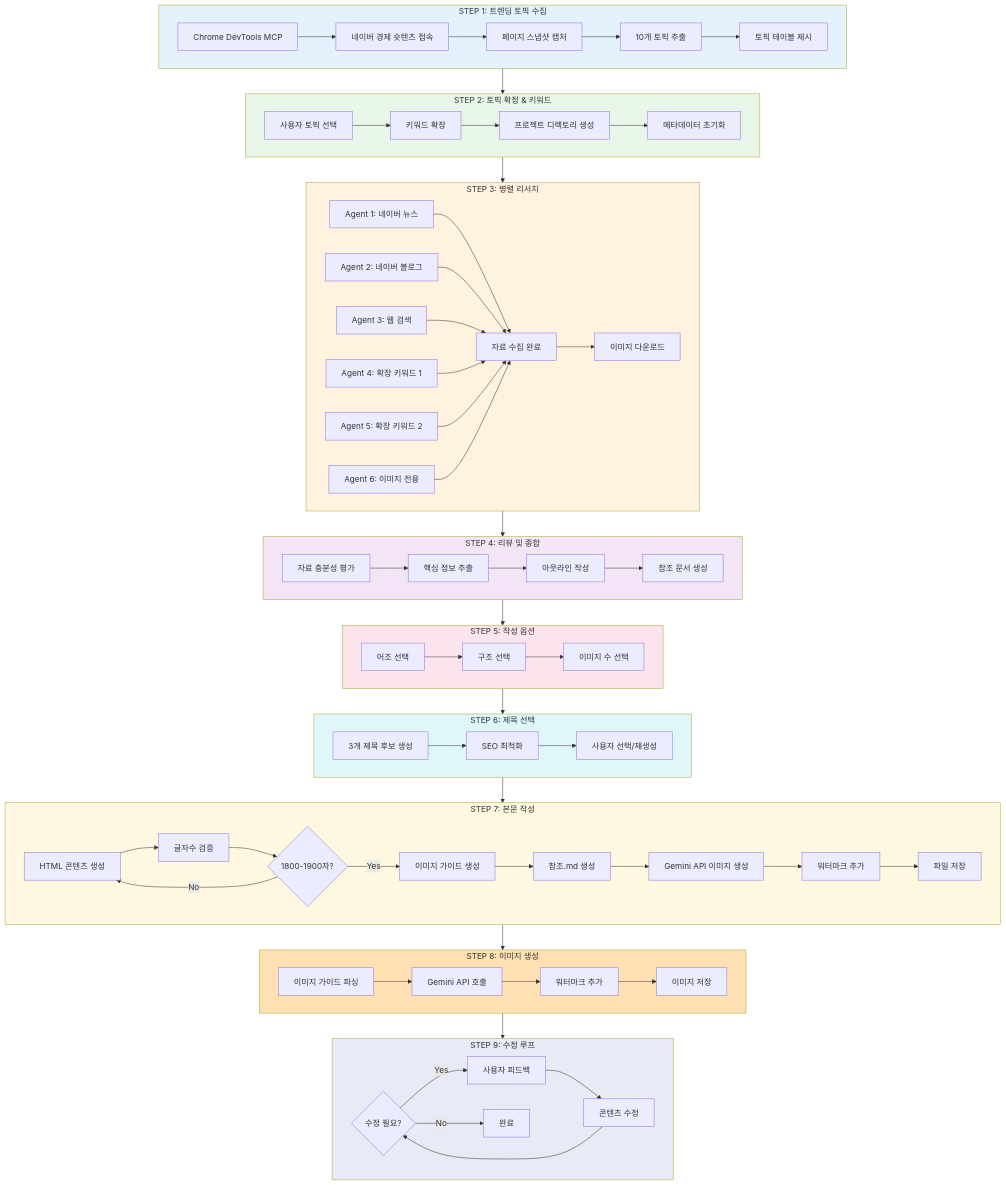
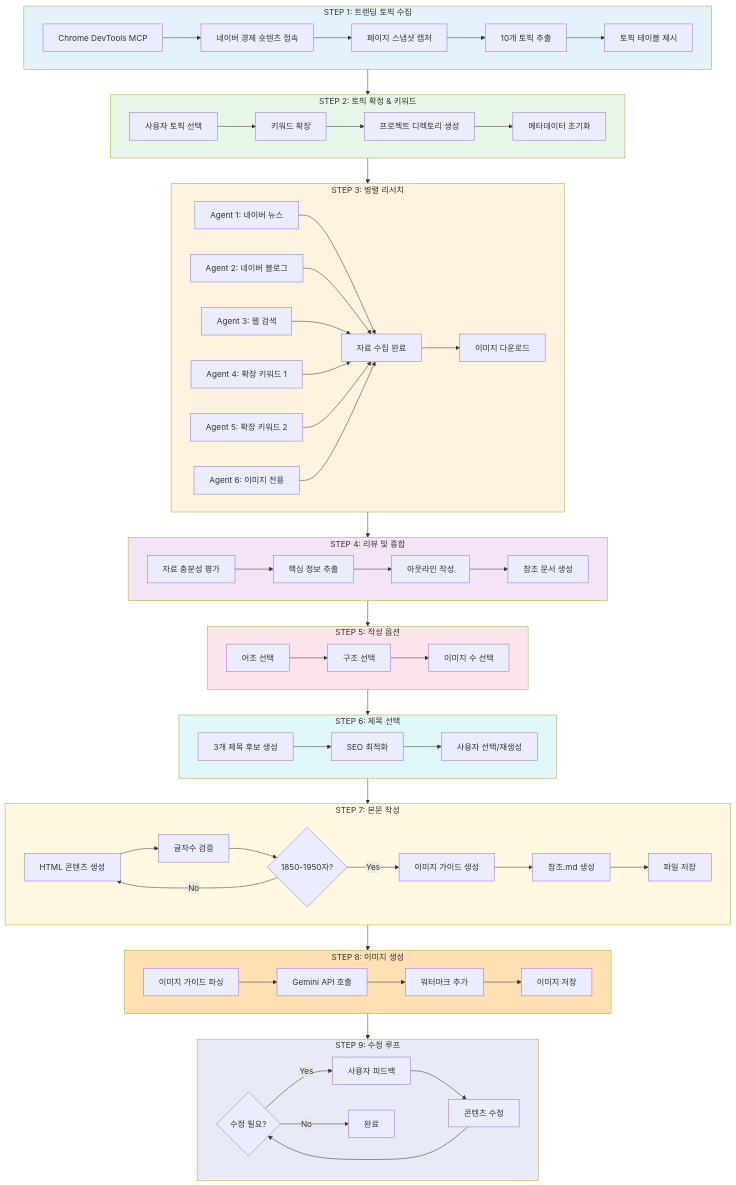
Before and after one commit to kim62210/naver-blog-automation-skill: the first of 9 diagrams in PIPELINE-ANALYSIS.md, drawn with Mermaid. The commit also changed other lines of this file and 24 other files, not shown here.

```diff
--- a/PIPELINE-ANALYSIS.md
+++ b/PIPELINE-ANALYSIS.md
@@ -78,13 +78,11 @@
 
     subgraph STEP7["STEP 7: 본문 작성"]
         G1[HTML 콘텐츠 생성] --> G2[글자수 검증]
-        G2 --> G3{1800-1900자?}
+        G2 --> G3{1850-1950자?}
         G3 -->|Yes| G4[이미지 가이드 생성]
         G3 -->|No| G1
         G4 --> G5[참조.md 생성]
-        G5 --> G6[Gemini API 이미지 생성]
-        G6 --> G7[워터마크 추가]
-        G7 --> G8[파일 저장]
+        G5 --> G8[파일 저장]
     end
 
     subgraph STEP8["STEP 8: 이미지 생성"]
```
